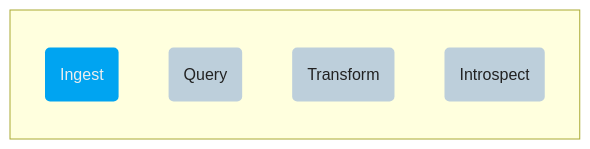
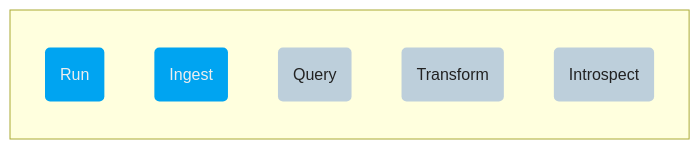
Before and after one commit to tenzir/tenzir: the diagram in web/docs/use-vast/README.md, drawn with Mermaid. The commit also changed 4 other files, not shown here.

````diff
--- a/web/docs/use-vast/README.md
+++ b/web/docs/use-vast/README.md
@@ -17,17 +17,19 @@
 ```mermaid
 flowchart TB
   classDef action fill:#00a4f1,stroke:none,color:#eee
   classDef future fill:#bdcfdb,stroke:none,color:#222
   %% Actions
   subgraph manage [ ]
     direction TB
+    run(Run):::action
     ingest(Ingest):::action
     query(Query):::future
     transform(Transform):::future
     introspect(Introspect):::future
   end
+  click run "/docs/use-vast/run" "Run Data"
   click ingest "/docs/use-vast/ingest" "Ingest Data"
   %%click query "/docs/use-vast/query" "Query Data"
   %%click transform "/docs/use-vast/transform" "Transform Data"
   %%click introspect "/docs/use-vast/introspect" "Introspect Data"
 ```
````
